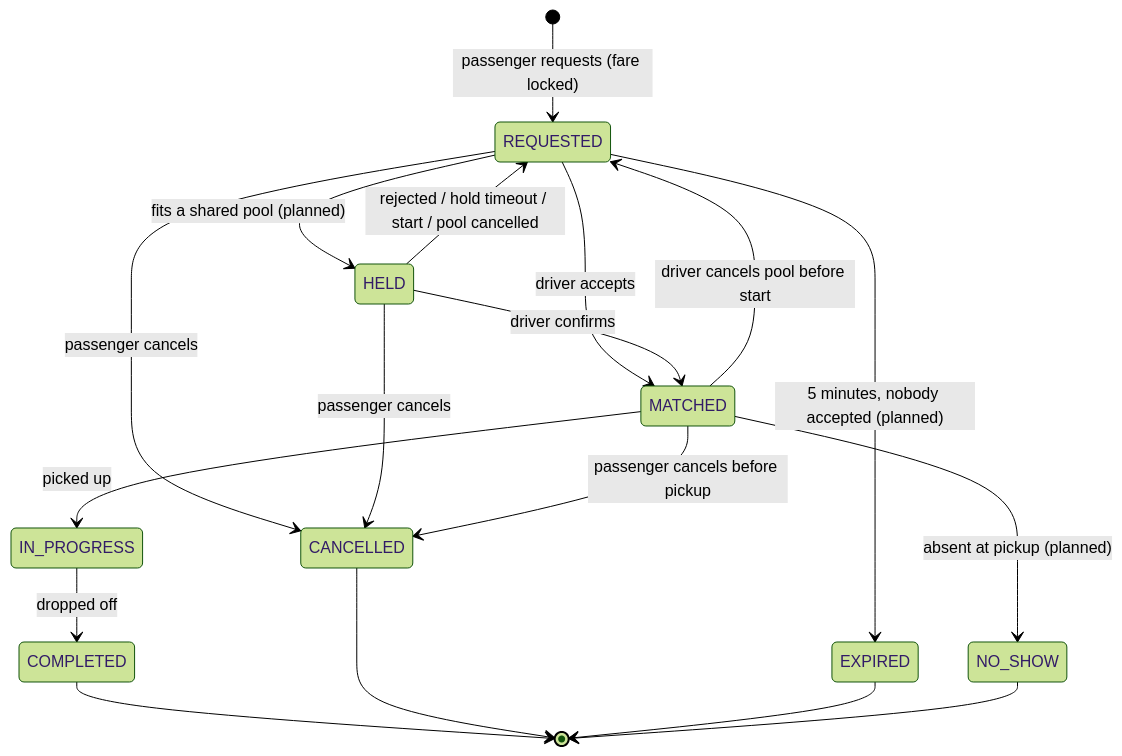
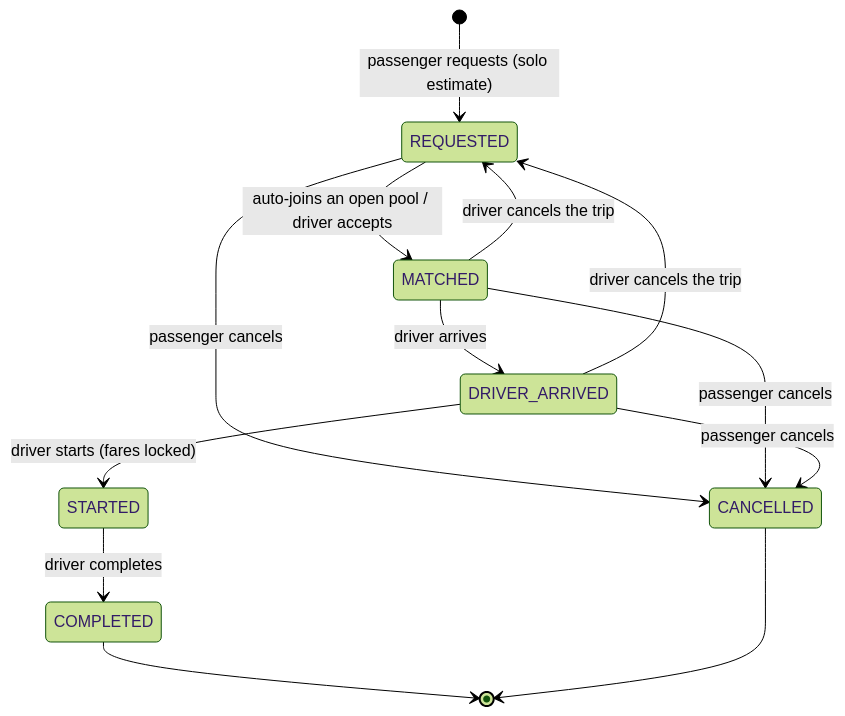
The first of 2 diagrams in docs/state-machine.md (istiak133/Tesla), drawn with Mermaid (forest theme) before and after one commit. The commit also changed other lines of this file and 2 other files, not shown here.

Commit message:
docs(driver): document the trip lifecycle and final state machine

````diff
--- a/docs/state-machine.md
+++ b/docs/state-machine.md
@@ -32,20 +10,15 @@
 ```mermaid
 stateDiagram-v2
-    [*] --> REQUESTED: passenger requests (fare locked)
-    REQUESTED --> HELD: fits a shared pool (planned)
-    REQUESTED --> MATCHED: driver accepts
+    [*] --> REQUESTED: passenger requests (solo estimate)
+    REQUESTED --> MATCHED: auto-joins an open pool / driver accepts
+    MATCHED --> DRIVER_ARRIVED: driver arrives
+    DRIVER_ARRIVED --> STARTED: driver starts (fares locked)
+    STARTED --> COMPLETED: driver completes
     REQUESTED --> CANCELLED: passenger cancels
-    REQUESTED --> EXPIRED: 5 minutes, nobody accepted (planned)
-    HELD --> MATCHED: driver confirms
-    HELD --> REQUESTED: rejected / hold timeout / start / pool cancelled
-    HELD --> CANCELLED: passenger cancels
-    MATCHED --> IN_PROGRESS: picked up
-    MATCHED --> NO_SHOW: absent at pickup (planned)
-    MATCHED --> CANCELLED: passenger cancels before pickup
-    MATCHED --> REQUESTED: driver cancels pool before start
-    IN_PROGRESS --> COMPLETED: dropped off
+    MATCHED --> CANCELLED: passenger cancels
+    DRIVER_ARRIVED --> CANCELLED: passenger cancels
+    MATCHED --> REQUESTED: driver cancels the trip
+    DRIVER_ARRIVED --> REQUESTED: driver cancels the trip
     COMPLETED --> [*]
     CANCELLED --> [*]
-    EXPIRED --> [*]
-    NO_SHOW --> [*]
 ```
````
